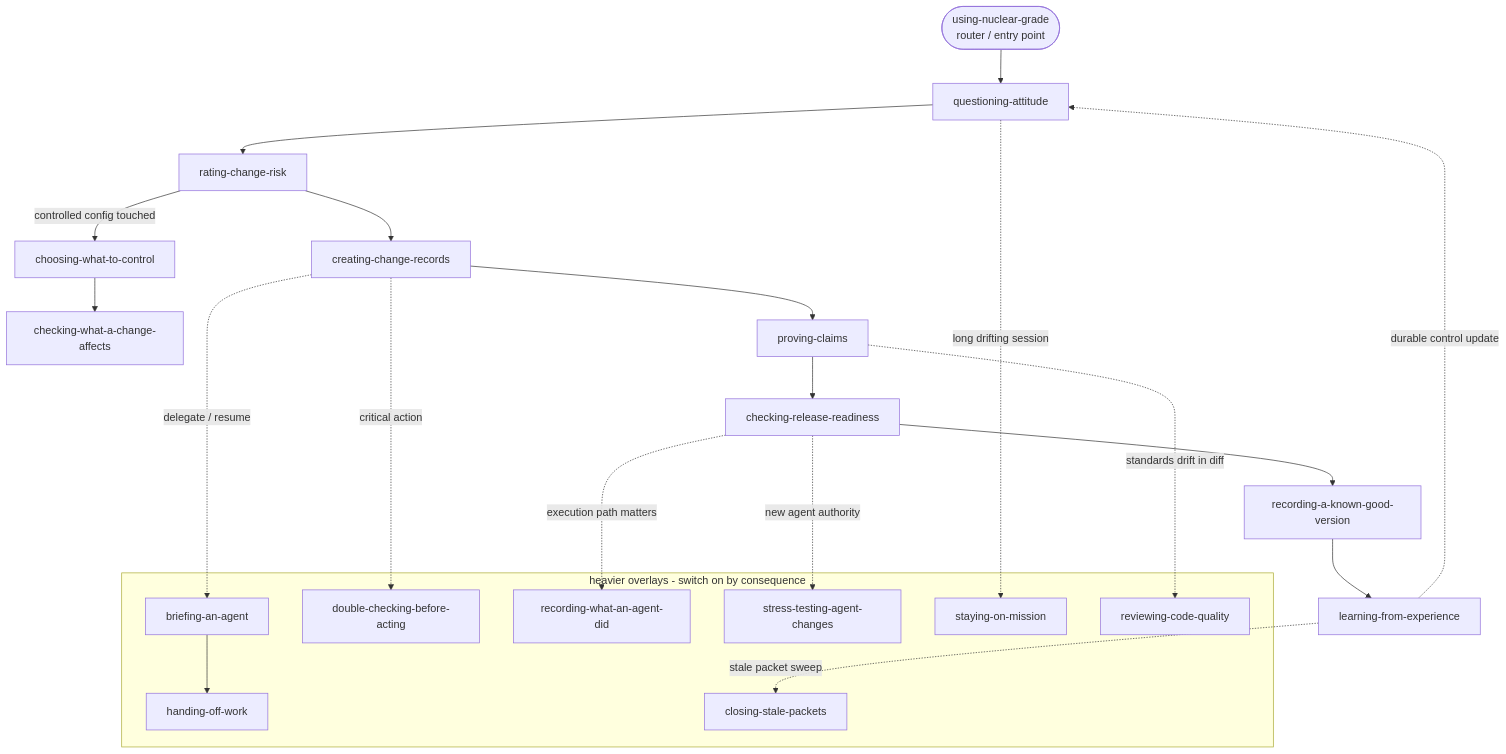
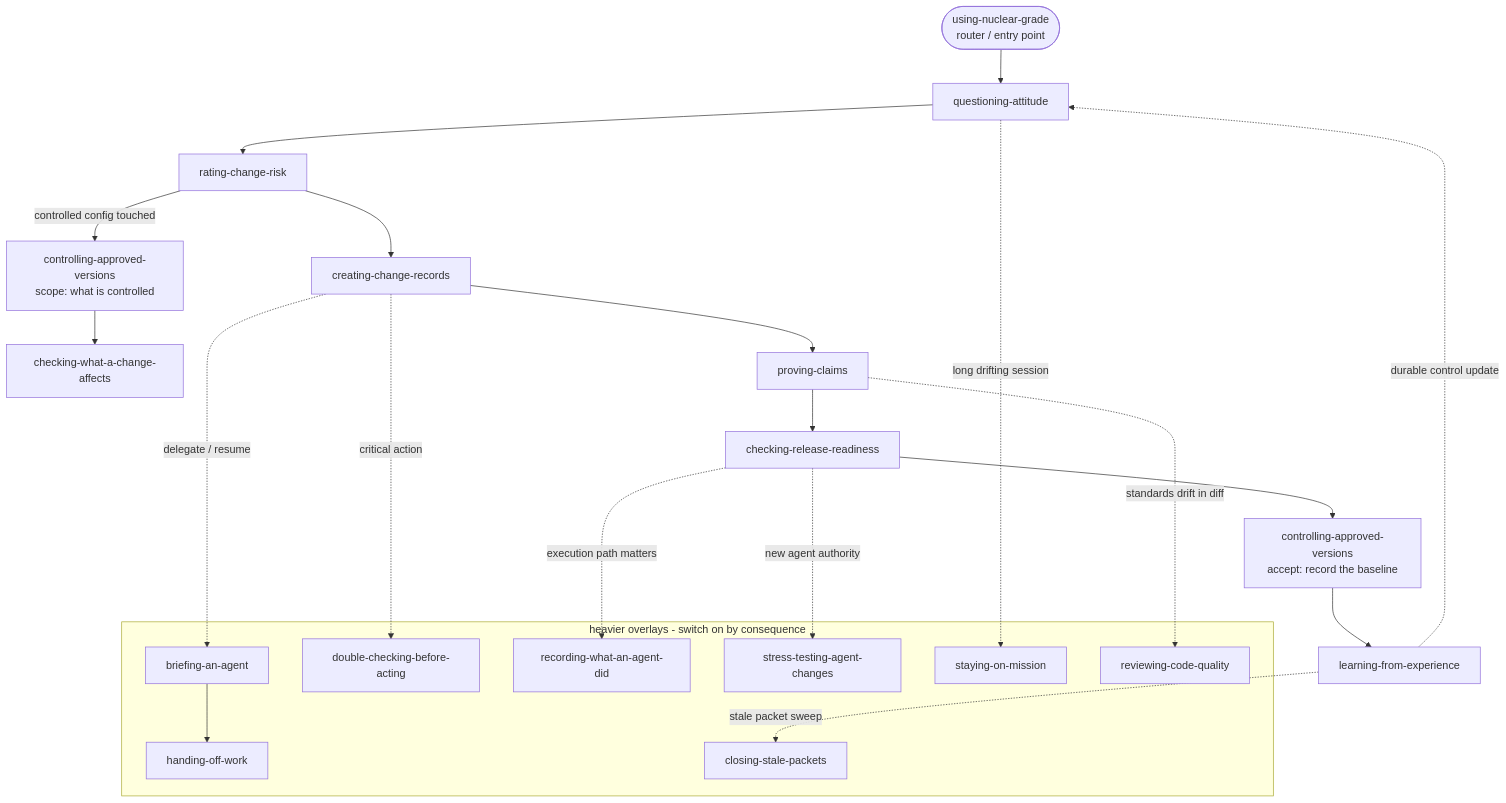
One commit to FlyFission/nuclear-grade-context-engineering changed the fifth of 12 diagrams in docs/diagrams.md. Above: the diagram before and after it, drawn with Mermaid. The commit also changed other lines of this file and 32 other files, not shown here.

````diff
--- a/docs/diagrams.md
+++ b/docs/diagrams.md
@@ -175,34 +175,34 @@
 ```mermaid
 flowchart TD
     UNG([using-nuclear-grade<br/>router / entry point])
     UNG --> QA[questioning-attitude]
     QA --> CCR[rating-change-risk]
-    CCR -->|controlled config touched| ICI[choosing-what-to-control]
+    CCR -->|controlled config touched| ICI[controlling-approved-versions<br/>scope: what is controlled]
     CCR --> CCP[creating-change-records]
     ICI --> SCI[checking-what-a-change-affects]
     CCP --> PC[proving-claims]
     PC --> RSR[checking-release-readiness]
-    RSR --> BC[recording-a-known-good-version]
+    RSR --> BC[controlling-approved-versions<br/>accept: record the baseline]
     BC --> LFO[learning-from-experience]
     LFO -.durable control update.-> QA
 
     subgraph overlays[heavier overlays - switch on by consequence]
       PAC[briefing-an-agent]
       TOW[handing-off-work]
       SCA[double-checking-before-acting]
       TAE[recording-what-an-agent-did]
       RTA[stress-testing-agent-changes]
       CMD[staying-on-mission]
       RCQ[reviewing-code-quality]
       CSP[closing-stale-packets]
     end
 
     CCP -.delegate / resume.-> PAC
     PAC --> TOW
     CCP -.critical action.-> SCA
     RSR -.new agent authority.-> RTA
     RSR -.execution path matters.-> TAE
     QA -.long drifting session.-> CMD
     PC -.standards drift in diff.-> RCQ
     LFO -.stale packet sweep.-> CSP
 ```
````
